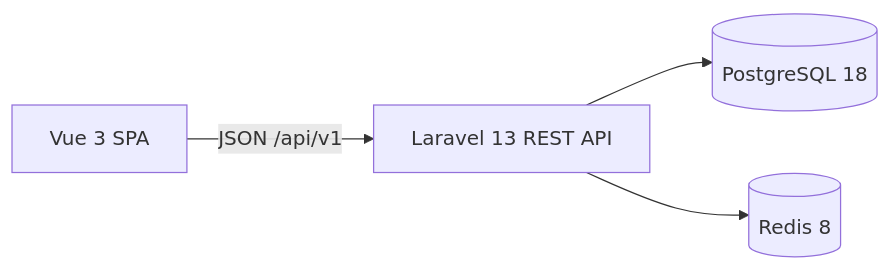
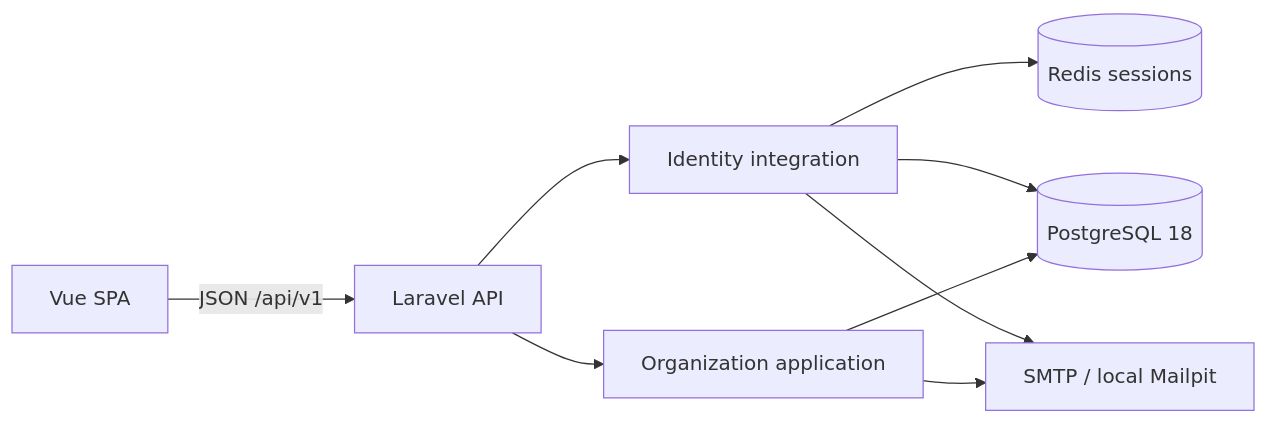
The diagram in docs/architecture/system-overview.md (Assemessam/core-erp), drawn with Mermaid before and after one commit. The commit also changed other lines of this file and 63 other files, not shown here.

````diff
--- a/docs/architecture/system-overview.md
+++ b/docs/architecture/system-overview.md
@@ -5,6 +5,11 @@
 ```mermaid
 flowchart LR
-    SPA[Vue 3 SPA] -->|JSON /api/v1| API[Laravel 13 REST API]
-    API --> PG[(PostgreSQL 18)]
-    API --> Redis[(Redis 8)]
+    SPA[Vue SPA] -->|JSON /api/v1| API[Laravel API]
+    API --> Identity[Identity integration]
+    API --> Organization[Organization application]
+    Organization --> PG[(PostgreSQL 18)]
+    Identity --> PG
+    Identity --> Redis[(Redis sessions)]
+    Organization --> Mailpit[SMTP / local Mailpit]
+    Identity --> Mailpit
 ```
````
